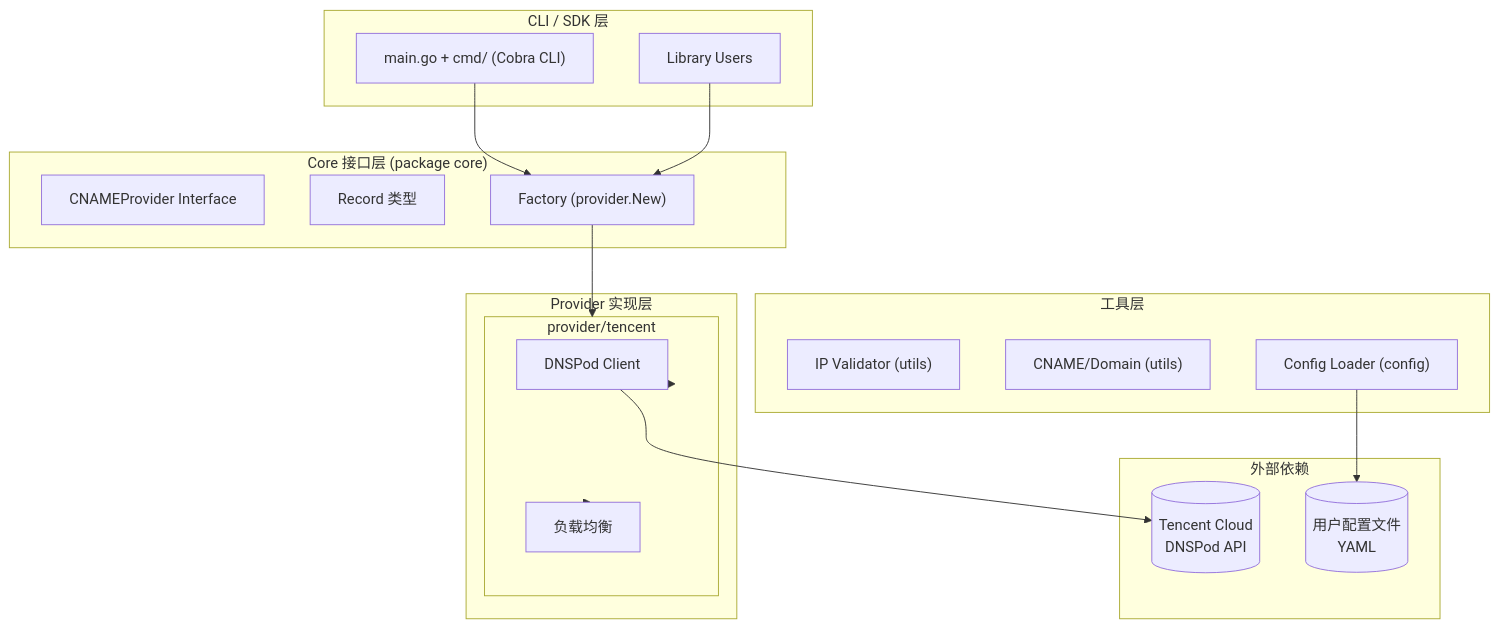
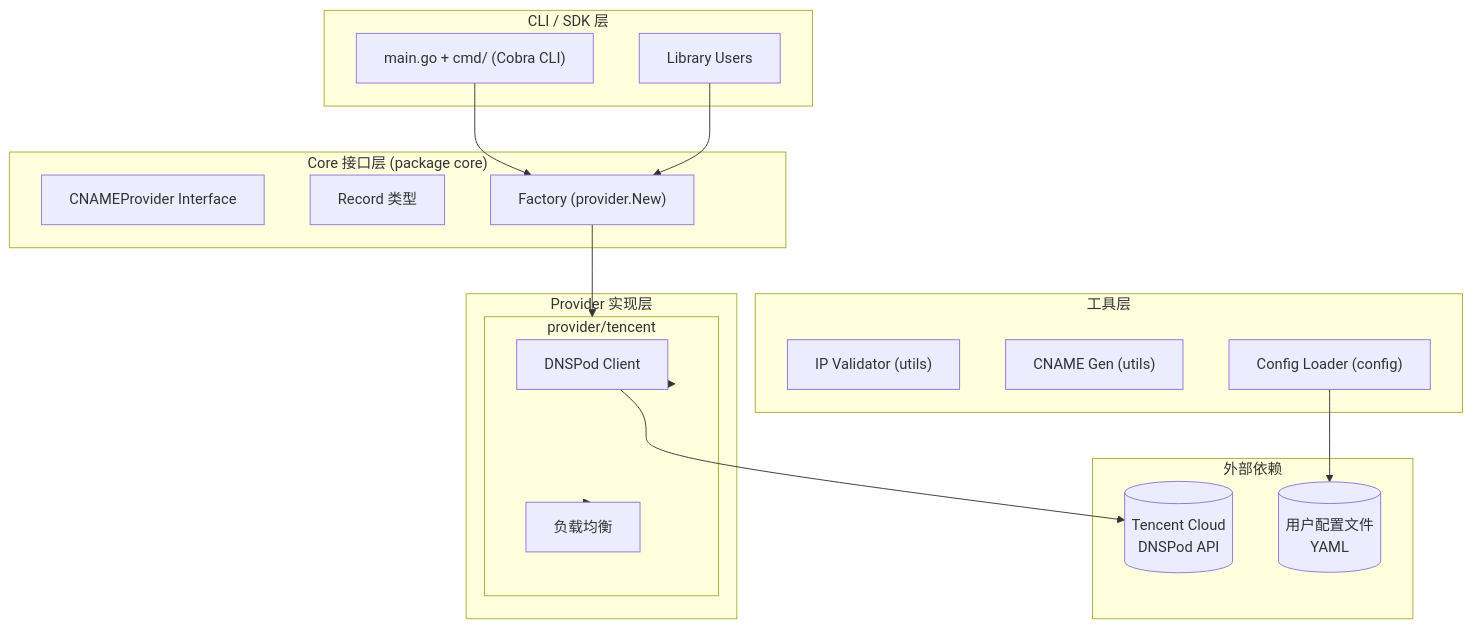
Before and after one commit to wangbo2295/gadns: the first of 2 diagrams in README.md, drawn with Mermaid. The commit also changed other lines of this file and 3 other files, not shown here.

First line of the commit message:
refactor: simplify CNAME generation, remove SubDomain/FullDomain

````diff
--- a/README.md
+++ b/README.md
@@ -224,39 +222,39 @@
 ```mermaid
 graph TB
     subgraph CLI["CLI / SDK 层"]
         Main["main.go + cmd/ (Cobra CLI)"]
         Lib["Library Users"]
     end
 
     subgraph Interface["Core 接口层 (package core)"]
         Iface["CNAMEProvider Interface"]
         Rec["Record 类型"]
         Fac["Factory (provider.New)"]
     end
 
     subgraph Provider["Provider 实现层"]
         subgraph Tencent["provider/tencent"]
             Client["DNSPod Client"]
             LB["负载均衡"]
         end
     end
 
     subgraph Util["工具层"]
         Valid["IP Validator (utils)"]
-        Domain["CNAME/Domain (utils)"]
+        Domain["CNAME Gen (utils)"]
         Conf["Config Loader (config)"]
     end
 
     subgraph Ext["外部依赖"]
         API[("Tencent Cloud<br/>DNSPod API")]
         FS[("用户配置文件<br/>YAML")]
     end
 
     Main --> Fac
     Lib --> Fac
     Fac --> Tencent
     Tencent --> Client
     Tencent --> LB
     Conf --> FS
     Client --> API
 ```
````
